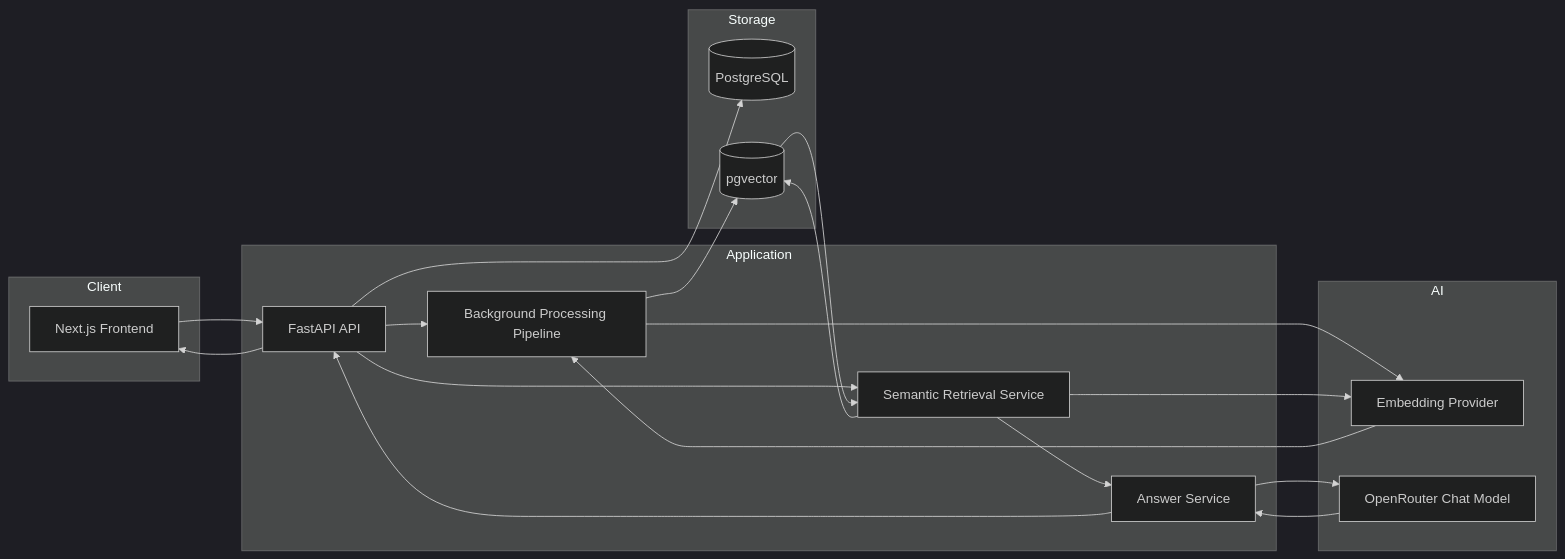
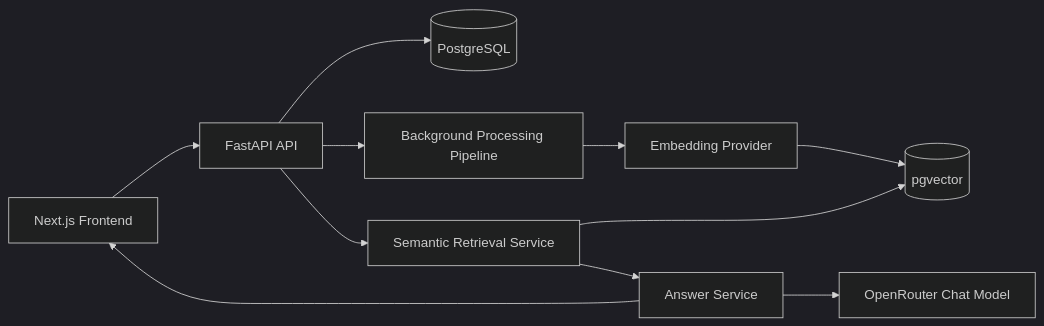
One commit to lois2inn/AI-Document-Intelligence-Platform changed the first of 3 diagrams in README.md. Above: the diagram before and after it, drawn with Mermaid (dark theme).

Commit message:
Simplify flowchart in README.md
Removed subgraphs from the flowchart for clarity.

````diff
--- a/README.md
+++ b/README.md
@@ -81,43 +81,17 @@
 ```mermaid
 flowchart LR
+    UI["Next.js Frontend"] --> API["FastAPI API"]
 
-subgraph Client
-    UI[Next.js Frontend]
-end
+    API --> DB[("PostgreSQL")]
+    API --> PIPE["Background Processing Pipeline"]
 
-subgraph Application
-    API[FastAPI API]
-    PIPE[Background Processing Pipeline]
-    RETRIEVE[Semantic Retrieval Service]
-    ANSWER[Answer Service]
-end
+    PIPE --> EMBED["Embedding Provider"]
+    EMBED --> VECTOR[("pgvector")]
 
-subgraph Storage
-    DB[(PostgreSQL)]
-    VECTOR[(pgvector)]
-end
+    API --> RETRIEVE["Semantic Retrieval Service"]
+    RETRIEVE --> VECTOR
+    RETRIEVE --> ANSWER["Answer Service"]
 
-subgraph AI
-    EMBED[Embedding Provider]
-    LLM[OpenRouter Chat Model]
-end
-
-UI --> API
-API --> DB
-API --> PIPE
-
-PIPE --> EMBED
-EMBED --> PIPE
-PIPE --> VECTOR
-
-API --> RETRIEVE
-RETRIEVE --> EMBED
-RETRIEVE --> VECTOR
-VECTOR --> RETRIEVE
-
-RETRIEVE --> ANSWER
-ANSWER --> LLM
-LLM --> ANSWER
-ANSWER --> API
-API --> UI
+    ANSWER --> LLM["OpenRouter Chat Model"]
+    ANSWER --> UI
 ```
````
